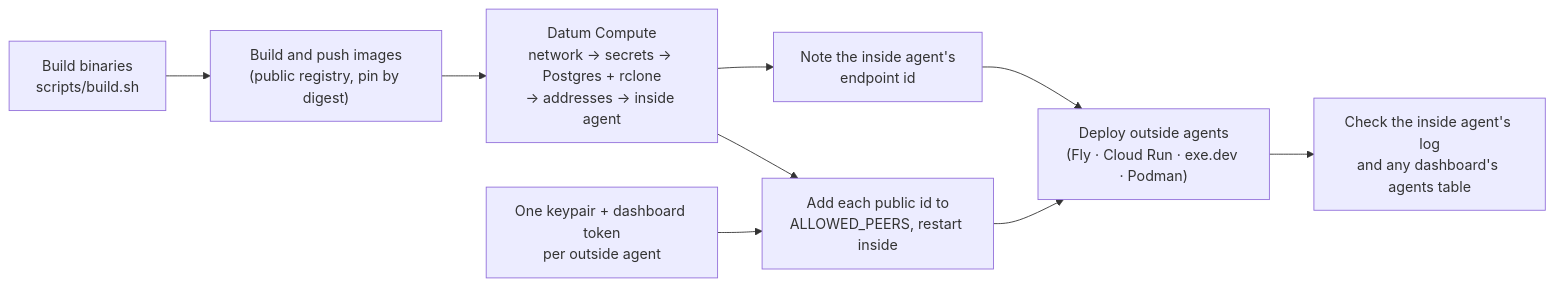
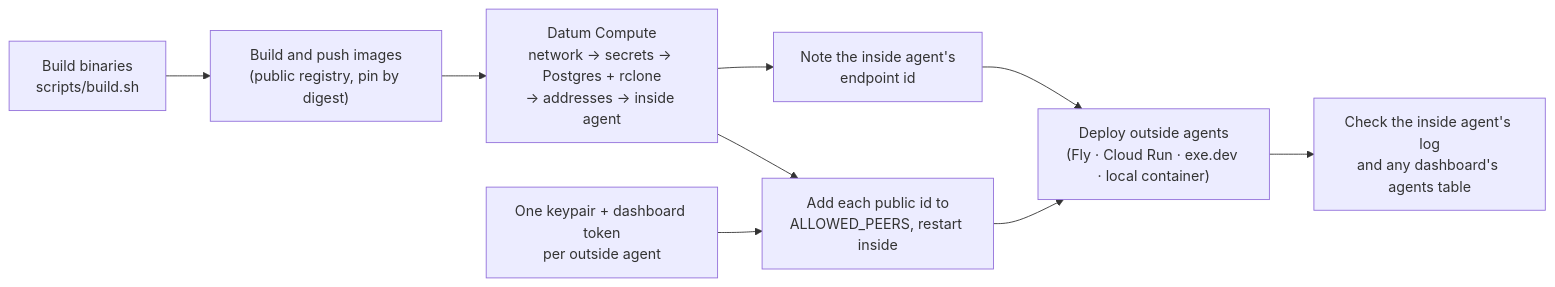
The first of 2 diagrams in docs/deploy/README.md (dlotterman/sandbox-2-datum), drawn with Mermaid before and after one commit. The commit also changed other lines of this file and 7 other files, not shown here.

````diff
--- a/docs/deploy/README.md
+++ b/docs/deploy/README.md
@@ -17,11 +18,11 @@
 ```mermaid
 flowchart LR
   build["Build binaries<br/>scripts/build.sh"] --> images["Build and push images<br/>(public registry, pin by digest)"]
   images --> datum["Datum Compute<br/>network → secrets → Postgres + rclone<br/>→ addresses → inside agent"]
   datum --> id["Note the inside agent's<br/>endpoint id"]
   keys["One keypair + dashboard token<br/>per outside agent"] --> allow["Add each public id to<br/>ALLOWED_PEERS, restart inside"]
   datum --> allow
-  id --> outside["Deploy outside agents<br/>(Fly · Cloud Run · exe.dev · Podman)"]
+  id --> outside["Deploy outside agents<br/>(Fly · Cloud Run · exe.dev · local container)"]
   allow --> outside
   outside --> verify["Check the inside agent's log<br/>and any dashboard's agents table"]
 ```
````
